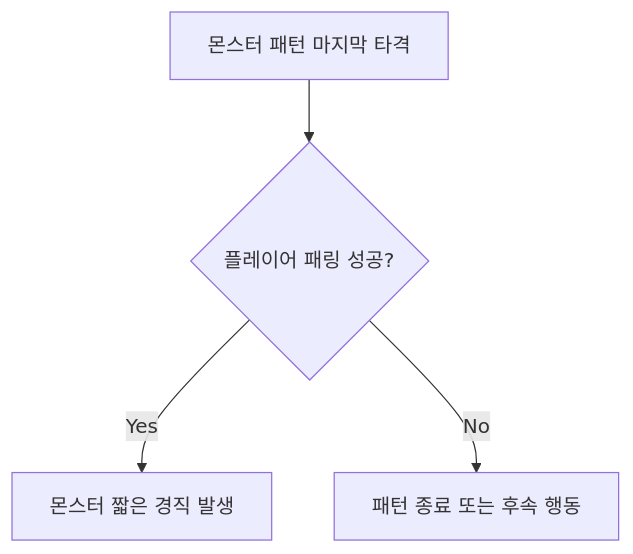
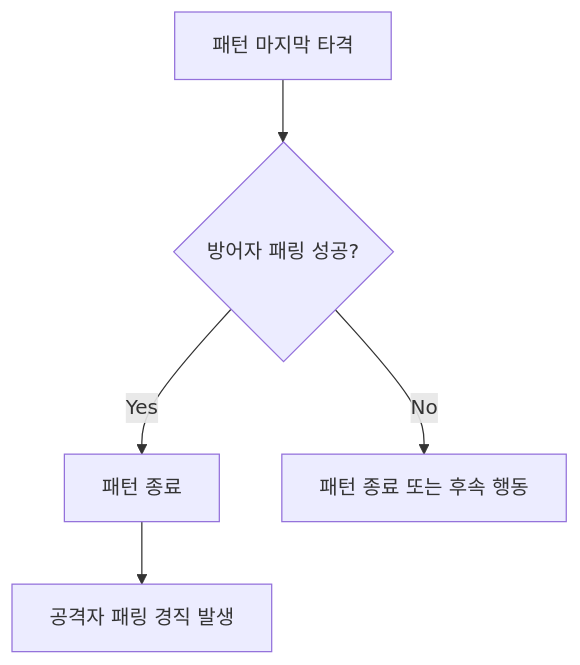
The fourth of 5 diagrams in Docs/CombatDesign/CombatCommon/캐릭터 경직.md (Woogl/ProjectWx), drawn with Mermaid before and after one commit. The commit also changed other lines of this file and 1 other file, not shown here.

````diff
--- a/Docs/CombatDesign/CombatCommon/캐릭터 경직.md
+++ b/Docs/CombatDesign/CombatCommon/캐릭터 경직.md
@@ -249,6 +446,7 @@
 ```mermaid
 flowchart TD
-    A[몬스터 패턴 마지막 타격] --> B{플레이어 패링 성공?}
-    B -- Yes --> C[몬스터 짧은 경직 발생]
-    B -- No --> D[패턴 종료 또는 후속 행동]
+    A[패턴 마지막 타격] --> B{방어자 패링 성공?}
+    B -- Yes --> C[패턴 종료]
+    C --> D[공격자 패링 경직 발생]
+    B -- No --> E[패턴 종료 또는 후속 행동]
 ```
````
